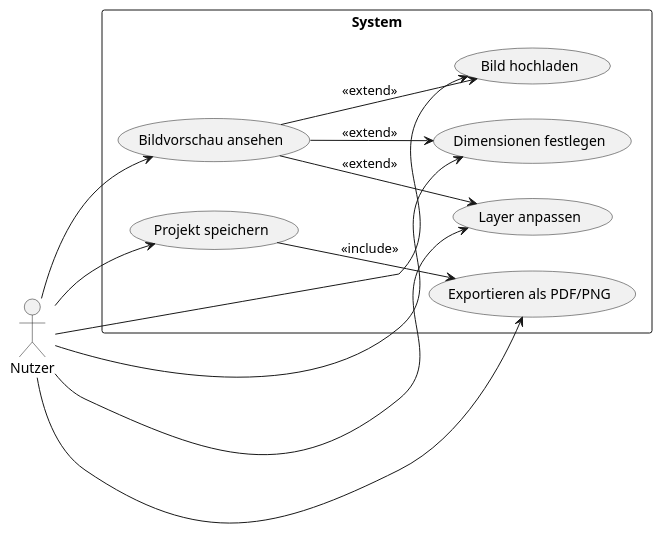
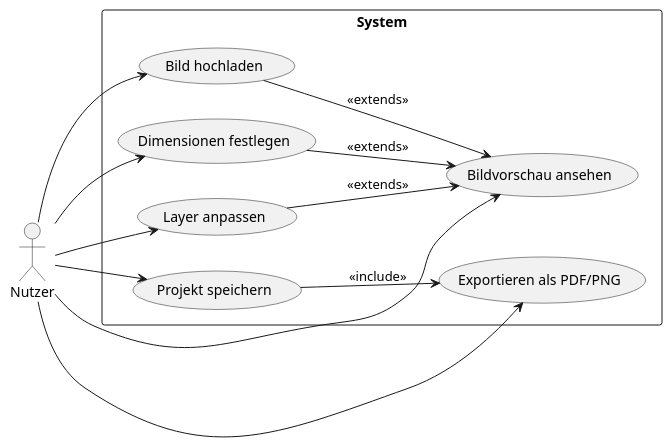
Before and after one commit to Karma-chocolate/SWE-Labor: the diagram in UseCaseUML.puml, drawn with PlantUML.

```diff
--- a/UseCaseUML.puml
+++ b/UseCaseUML.puml
@@ -1,35 +1,35 @@
 @startuml
 left to right direction
 
 actor Nutzer
 
 rectangle "System" {
     usecase Upload as "Bild hochladen"
     usecase Preview as "Bildvorschau ansehen"
     usecase Dimensions as "Dimensionen festlegen"
     usecase Layers as "Layer anpassen"
     usecase Save as "Projekt speichern"
     usecase Export as "Exportieren als PDF/PNG"
 }
 
 Nutzer --> Upload
 Nutzer --> Preview
 Nutzer --> Dimensions
 Nutzer --> Layers
 Nutzer --> Save
 Nutzer --> Export
 
 ' Include-Beziehungen (zwingende Abhängigkeiten)
 ' Preview --> Export : <<include>>
 ' Dimensions --> Preview : <<include>>
 ' Layers --> Preview : <<include>>
 
 ' Extend-Beziehungen (optionale Erweiterungen)
 ' Save --> Upload : <<extend>>
 ' Export --> Save : <<extend>>
 Save --> Export : <<include>>
-Preview --> Dimensions : <<extend>>
-Preview --> Layers : <<extend>>
-Preview --> Upload : <<extend>>
+Dimensions --> Preview : <<extends>>
+Layers --> Preview : <<extends>>
+Upload --> Preview : <<extends>>
 
 @enduml
```
